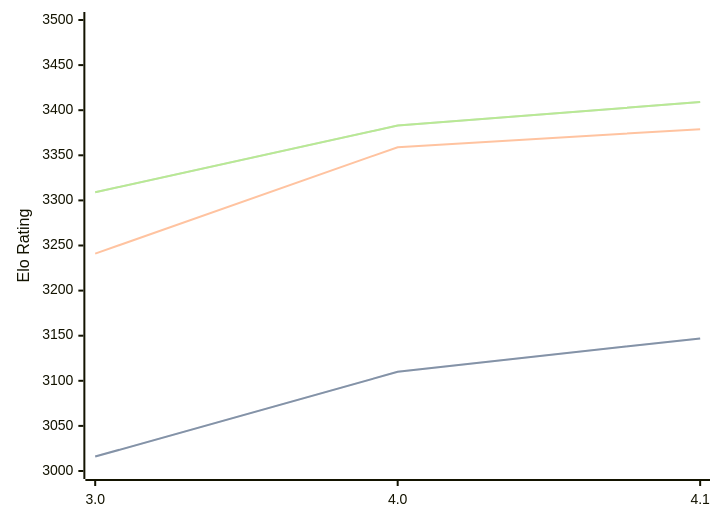
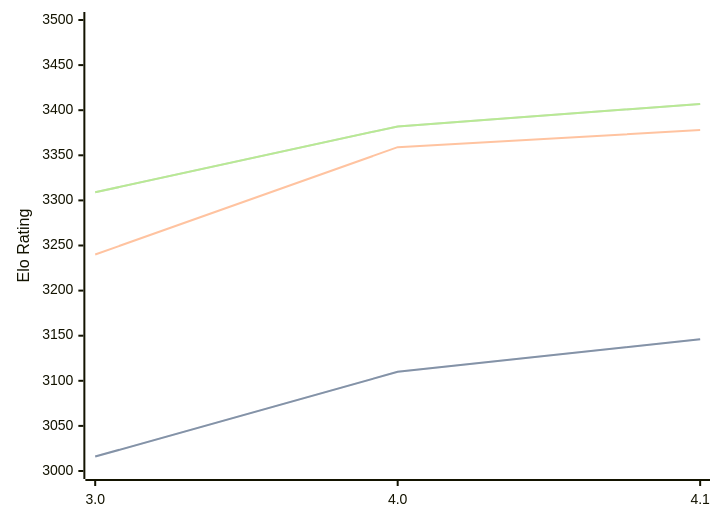
Before and after one commit to computer-chess-index/cci: the first of 3 diagrams in engines/Eleanor.md, drawn with Mermaid. The commit also changed other lines of this file, not shown here.

Commit message:
Update CCI Ratings (ELO VLTC) - 2026-06-27

````diff
--- a/engines/Eleanor.md
+++ b/engines/Eleanor.md
@@ -35,11 +35,11 @@
 ```mermaid
 %%{init: {"theme":"base","themeVariables":{"seriesColors:['#a3a3a3','#222221','#faa371']}}}%%
 xychart-beta
   x-axis ["3.0", "4.0", "4.1"]
   y-axis "Elo Rating" 3000 --> 3500
-  line "STC (8.0+0.08s)" [3016, 3110, 3147]
-  line "STC (8.0+0.08s)" [3016, 3110, 3147]
-  line "LTC (60.0+0.60s)" [3241, 3359, 3379]
-  line "VLTC (2m24s+1.12s)" [3309, 3383, 3409]
-  line "VLTC (2m24s+1.12s)" [3309, 3383, 3409]
+  line "STC (8.0+0.08s)" [3016, 3110, 3146]
+  line "STC (8.0+0.08s)" [3016, 3110, 3146]
+  line "LTC (60.0+0.60s)" [3240, 3359, 3378]
+  line "VLTC (2m24s+1.12s)" [3309, 3382, 3407]
+  line "VLTC (2m24s+1.12s)" [3309, 3382, 3407]
 ```
````
